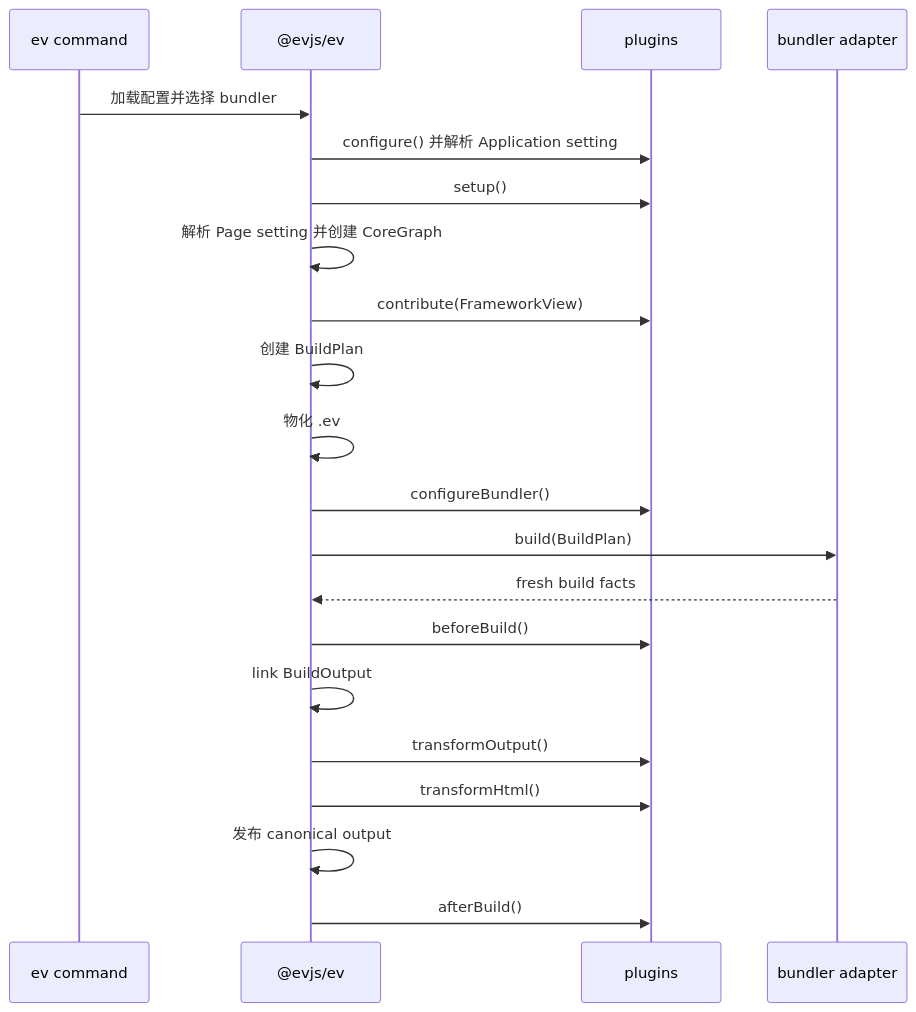
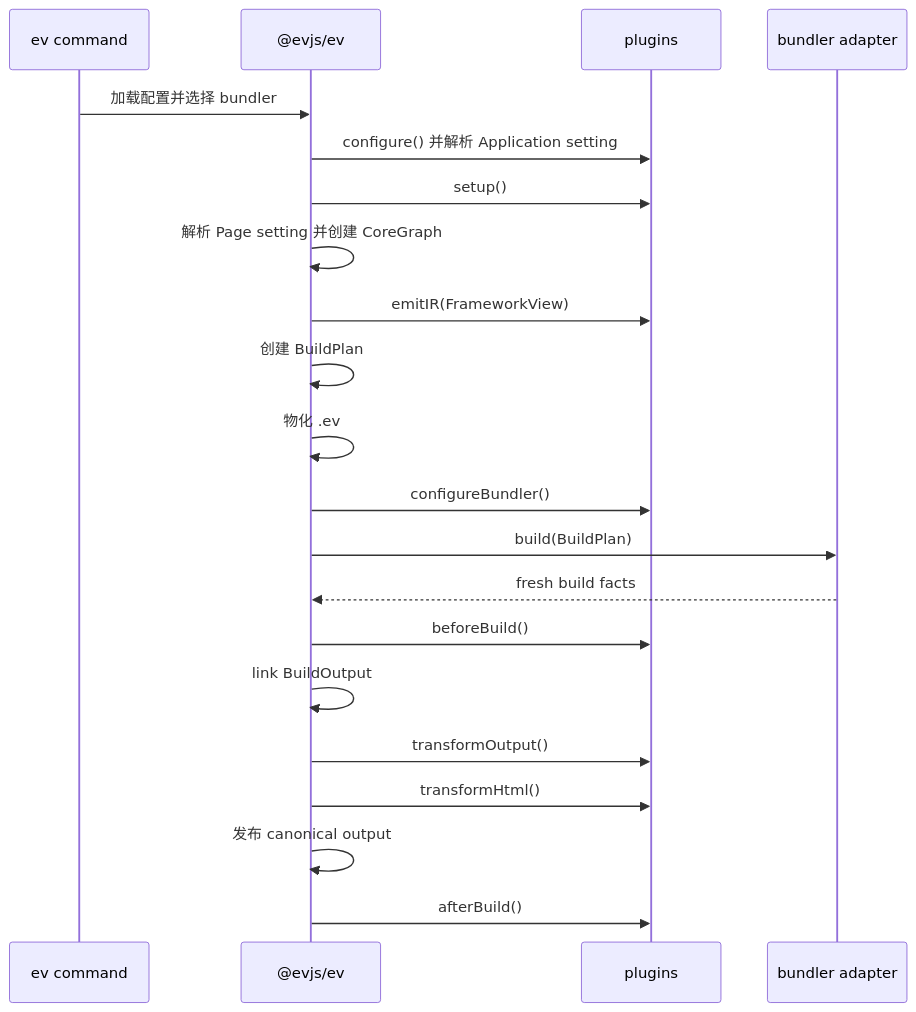
One commit to afx-team/evjs changed the second of 2 diagrams in docs/i18n/zh-Hans/docusaurus-plugin-content-docs/current/architecture.md. Above: the diagram before and after it, drawn with Mermaid. The commit also changed 106 other files, not shown here.

First line of the commit message:
refactor(core): harden plugin and runtime boundaries

````diff
--- a/docs/i18n/zh-Hans/docusaurus-plugin-content-docs/current/architecture.md
+++ b/docs/i18n/zh-Hans/docusaurus-plugin-content-docs/current/architecture.md
@@ -89,24 +89,24 @@
 ```mermaid
 sequenceDiagram
   participant CLI as ev command
   participant Core as @evjs/ev
   participant Plugin as plugins
   participant Bundler as bundler adapter
 
   CLI->>Core: 加载配置并选择 bundler
   Core->>Plugin: configure() 并解析 Application setting
   Core->>Plugin: setup()
   Core->>Core: 解析 Page setting 并创建 CoreGraph
-  Core->>Plugin: contribute(FrameworkView)
+  Core->>Plugin: emitIR(FrameworkView)
   Core->>Core: 创建 BuildPlan
   Core->>Core: 物化 .ev
   Core->>Plugin: configureBundler()
   Core->>Bundler: build(BuildPlan)
   Bundler-->>Core: fresh build facts
   Core->>Plugin: beforeBuild()
   Core->>Core: link BuildOutput
   Core->>Plugin: transformOutput()
   Core->>Plugin: transformHtml()
   Core->>Core: 发布 canonical output
   Core->>Plugin: afterBuild()
 ```
````
